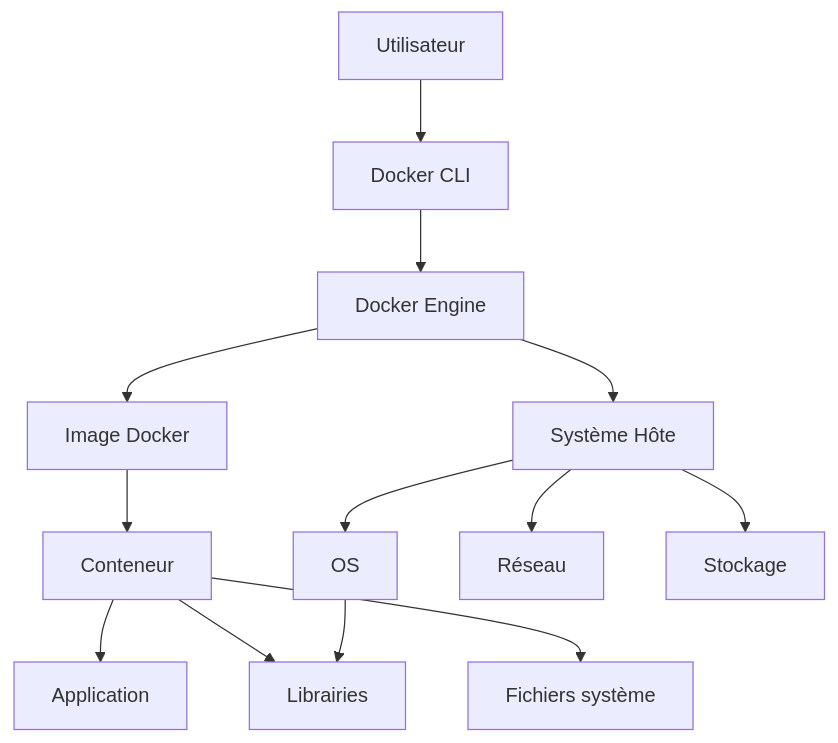
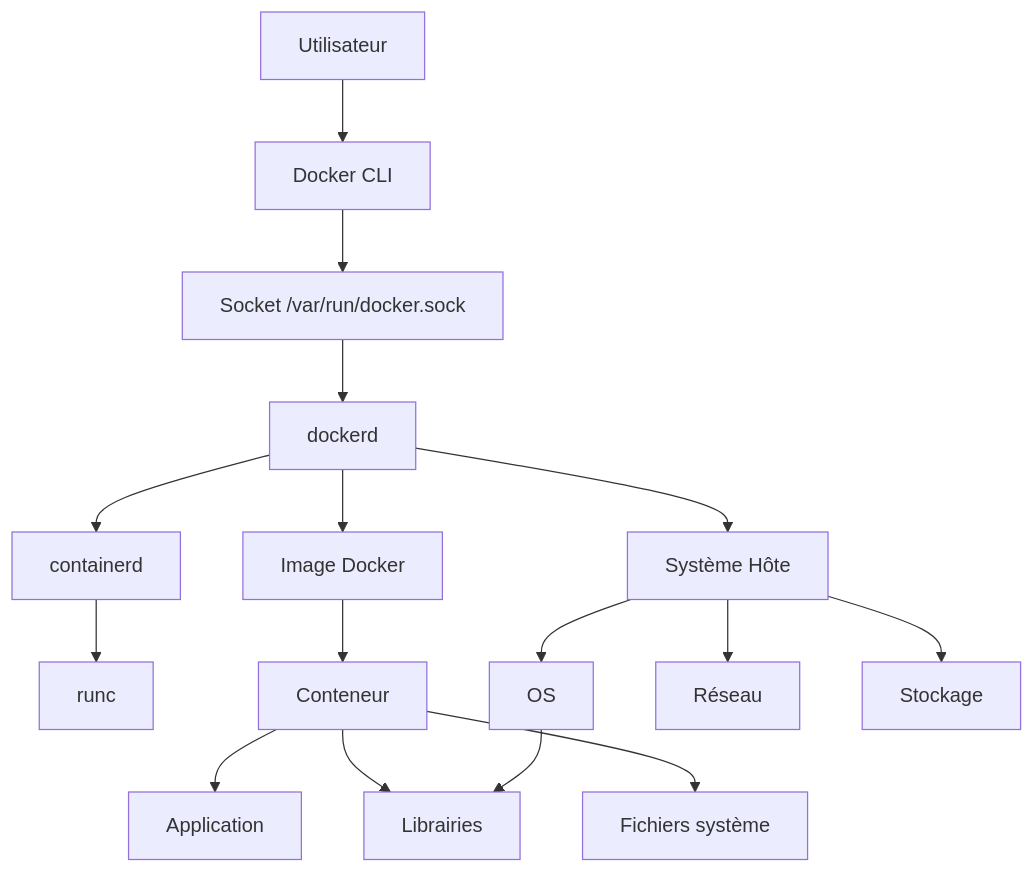
Before and after one commit to Aif4thah/Dojo-101: the diagram in Dojo-101-SecOps/Docker.md, drawn with Mermaid. The commit also changed other lines of this file and 19 other files, not shown here.

````diff
--- a/Dojo-101-SecOps/Docker.md
+++ b/Dojo-101-SecOps/Docker.md
@@ -5,15 +5,22 @@
 ```mermaid
 flowchart TD
     A[Utilisateur] --> B[Docker CLI]
-    B --> C[Docker Engine]
-    C --> D[Image Docker]
-    D --> E[Conteneur]
-    E --> F[Application]
-    E --> G[Librairies]
-    E --> H[Fichiers système]
-    C --> I[Système Hôte]
-    I --> J[OS]
-    I --> K[Réseau]
-    I --> L[Stockage]
-    J --> G
+    B --> C[Socket /var/run/docker.sock]
+    C --> D[dockerd]
+    D --> E[containerd]
+    E --> F[runc]
+
+    D --> G[Image Docker]
+    G --> H[Conteneur]
+
+    H --> I[Application]
+    H --> J[Librairies]
+    H --> K[Fichiers système]
+
+    D --> L[Système Hôte]
+    L --> M[OS]
+    L --> N[Réseau]
+    L --> O[Stockage]
+
+    M --> J
 ```
````
